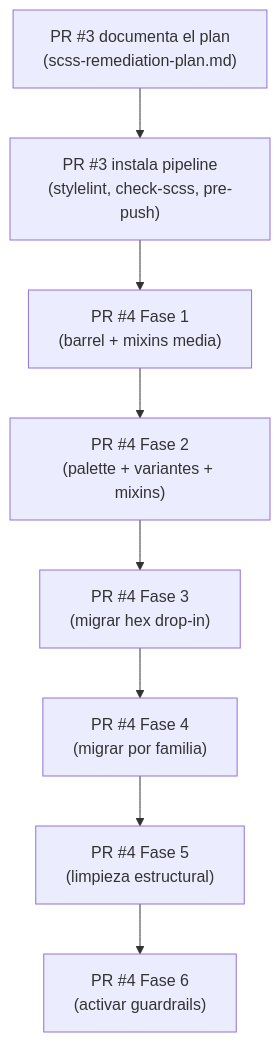
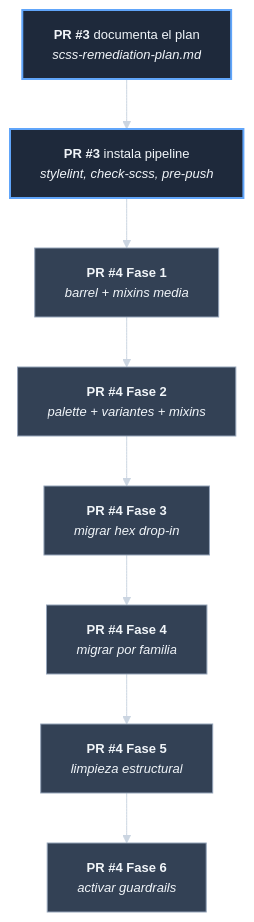
One commit to jcg-admin/template-ecommerce-ui changed the diagram in docs/pm/iniciativas/analizar-ramas-pendientes-de-integracion/analisis-rama-claude-fix-npm-build-css.md. Above: the diagram before and after it, drawn with Mermaid. The commit also changed 16 other files, not shown here.

First line of the commit message:
Apply dark Mermaid theme to 19 diagrams

````diff
--- a/docs/pm/iniciativas/analizar-ramas-pendientes-de-integracion/analisis-rama-claude-fix-npm-build-css.md
+++ b/docs/pm/iniciativas/analizar-ramas-pendientes-de-integracion/analisis-rama-claude-fix-npm-build-css.md
@@ -159,19 +159,35 @@
 ```mermaid
+%%{init: {'theme':'base', 'themeVariables': {
+  'background': '#0f172a',
+  'primaryColor': '#1e293b',
+  'primaryTextColor': '#f1f5f9',
+  'primaryBorderColor': '#94a3b8',
+  'lineColor': '#cbd5e1',
+  'secondaryColor': '#334155',
+  'tertiaryColor': '#1e3a8a',
+  'fontSize': '13px'
+}}}%%
 flowchart TB
-    pr3doc["PR #3 documenta el plan<br/>(scss-remediation-plan.md)"]
-    pr3code["PR #3 instala pipeline<br/>(stylelint, check-scss, pre-push)"]
-    pr4f1["PR #4 Fase 1<br/>(barrel + mixins media)"]
-    pr4f2["PR #4 Fase 2<br/>(palette + variantes + mixins)"]
-    pr4f3["PR #4 Fase 3<br/>(migrar hex drop-in)"]
-    pr4f4["PR #4 Fase 4<br/>(migrar por familia)"]
-    pr4f5["PR #4 Fase 5<br/>(limpieza estructural)"]
-    pr4f6["PR #4 Fase 6<br/>(activar guardrails)"]
+    pr_tres_documenta_plan["<b>PR #3</b> documenta el plan<br/><i>scss-remediation-plan.md</i>"]
+    pr_tres_instala_pipeline["<b>PR #3</b> instala pipeline<br/><i>stylelint, check-scss, pre-push</i>"]
+    pr_cuatro_fase_uno["<b>PR #4 Fase 1</b><br/><i>barrel + mixins media</i>"]
+    pr_cuatro_fase_dos["<b>PR #4 Fase 2</b><br/><i>palette + variantes + mixins</i>"]
+    pr_cuatro_fase_tres["<b>PR #4 Fase 3</b><br/><i>migrar hex drop-in</i>"]
+    pr_cuatro_fase_cuatro["<b>PR #4 Fase 4</b><br/><i>migrar por familia</i>"]
+    pr_cuatro_fase_cinco["<b>PR #4 Fase 5</b><br/><i>limpieza estructural</i>"]
+    pr_cuatro_fase_seis["<b>PR #4 Fase 6</b><br/><i>activar guardrails</i>"]
 
-    pr3doc --> pr3code
-    pr3code --> pr4f1
-    pr4f1 --> pr4f2
-    pr4f2 --> pr4f3
-    pr4f3 --> pr4f4
-    pr4f4 --> pr4f5
-    pr4f5 --> pr4f6
+    pr_tres_documenta_plan --> pr_tres_instala_pipeline
+    pr_tres_instala_pipeline --> pr_cuatro_fase_uno
+    pr_cuatro_fase_uno --> pr_cuatro_fase_dos
+    pr_cuatro_fase_dos --> pr_cuatro_fase_tres
+    pr_cuatro_fase_tres --> pr_cuatro_fase_cuatro
+    pr_cuatro_fase_cuatro --> pr_cuatro_fase_cinco
+    pr_cuatro_fase_cinco --> pr_cuatro_fase_seis
+
+    classDef primaryNode fill:#1e293b,stroke:#60a5fa,stroke-width:2px,color:#f1f5f9
+    classDef secondaryNode fill:#334155,stroke:#94a3b8,stroke-width:1px,color:#f1f5f9
+
+    class pr_tres_documenta_plan,pr_tres_instala_pipeline primaryNode
+    class pr_cuatro_fase_uno,pr_cuatro_fase_dos,pr_cuatro_fase_tres,pr_cuatro_fase_cuatro,pr_cuatro_fase_cinco,pr_cuatro_fase_seis secondaryNode
 ```
````
